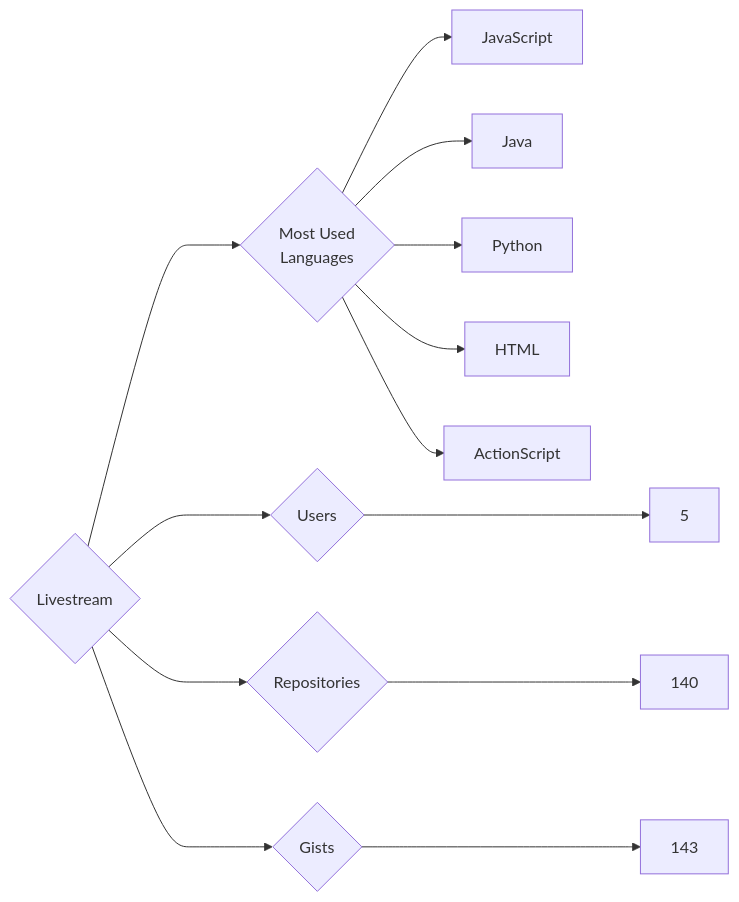
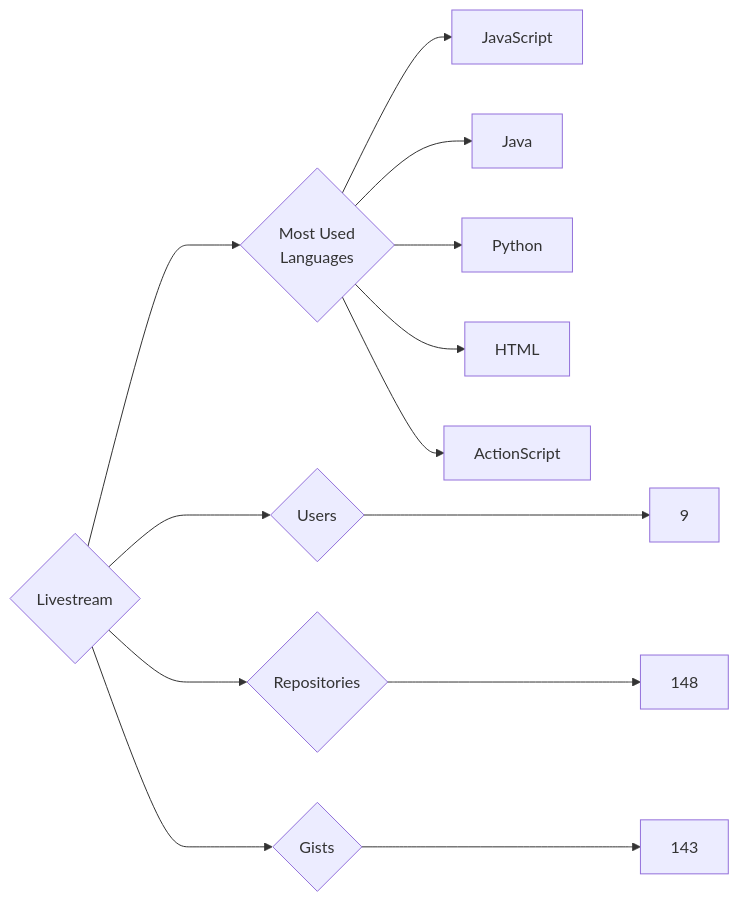
One commit to trickest/insiders changed the diagram in targets/Livestream/README.md. Above: the diagram before and after it, drawn with Mermaid. The commit also changed 1479 other files, not shown here.

````diff
--- a/targets/Livestream/README.md
+++ b/targets/Livestream/README.md
@@ -3,13 +3,13 @@
 ```mermaid
 graph LR
 COMPANY_NAME{Livestream}
-COMPANY_NAME ---> U{Users} ---> UN[5]
-COMPANY_NAME ---> R{Repositories} ---> RN[140]
+COMPANY_NAME ---> U{Users} ---> UN[9]
+COMPANY_NAME ---> R{Repositories} ---> RN[148]
 COMPANY_NAME ---> G{Gists} ---> GN[143]
 COMPANY_NAME ---> ML{Most Used<br>Languages}
 ML --> JavaScript[JavaScript]
 ML --> Java[Java]
 ML --> Python[Python]
 ML --> HTML[HTML]
 ML --> ActionScript[ActionScript]
 ```
````
